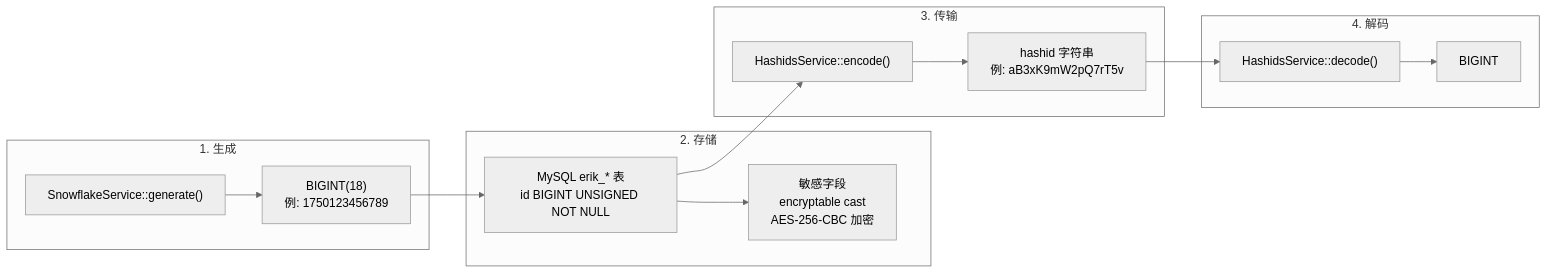
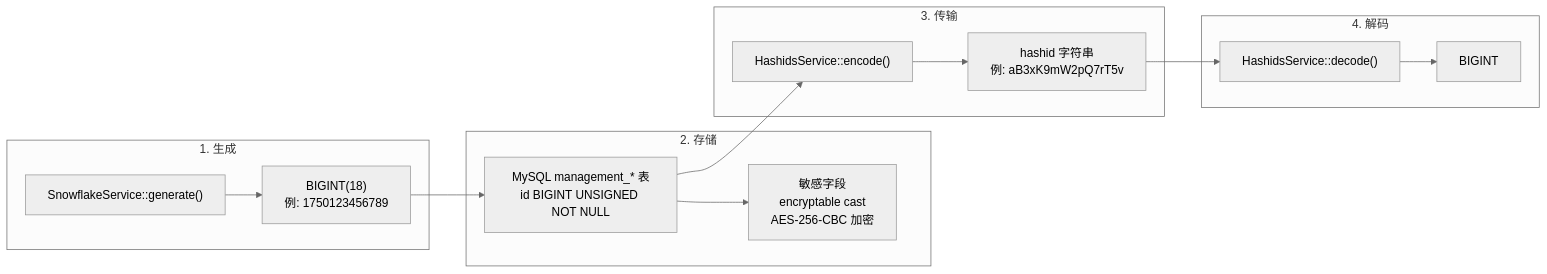
One commit to erikwang2013/property-management-platform changed the sixth of 10 diagrams in docs/ARCHITECTURE.md. Above: the diagram before and after it, drawn with Mermaid (neutral theme). The commit also changed other lines of this file and 347 other files, not shown here.

````diff
--- a/docs/ARCHITECTURE.md
+++ b/docs/ARCHITECTURE.md
@@ -205,26 +205,26 @@
 ```mermaid
 flowchart LR
     subgraph "1. 生成"
         G1["SnowflakeService::generate()"]
         G2["BIGINT(18)<br/>例: 1750123456789"]
         G1 --> G2
     end
 
     subgraph "2. 存储"
-        S1["MySQL erik_* 表<br/>id BIGINT UNSIGNED NOT NULL"]
+        S1["MySQL management_* 表<br/>id BIGINT UNSIGNED NOT NULL"]
         S2["敏感字段<br/>encryptable cast<br/>AES-256-CBC 加密"]
         G2 --> S1 --> S2
     end
 
     subgraph "3. 传输"
         T1["HashidsService::encode()"]
         T2["hashid 字符串<br/>例: aB3xK9mW2pQ7rT5v"]
         S1 --> T1 --> T2
     end
 
     subgraph "4. 解码"
         R1["HashidsService::decode()"]
         R2["BIGINT"]
         T2 --> R1 --> R2
     end
 ```
````
